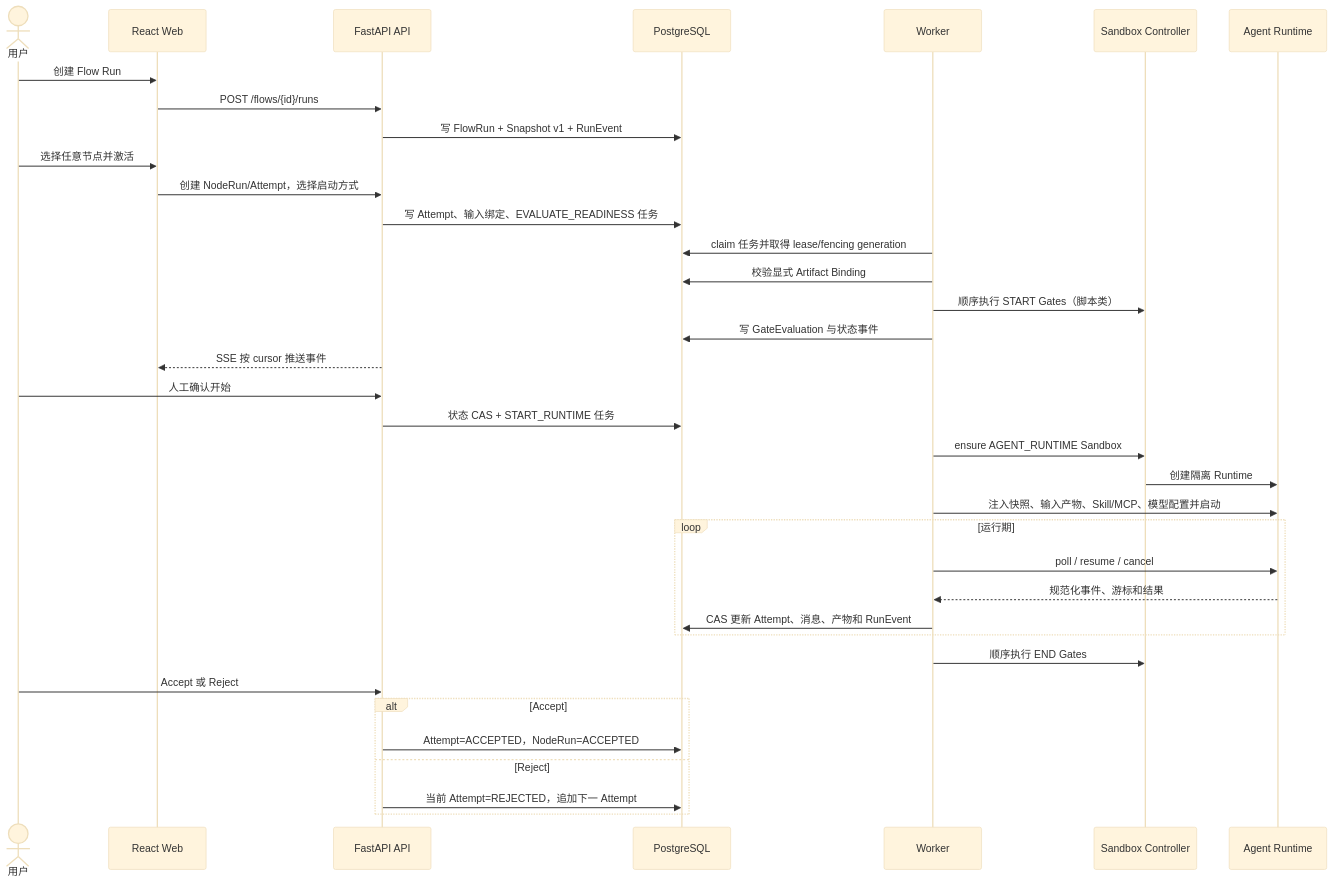
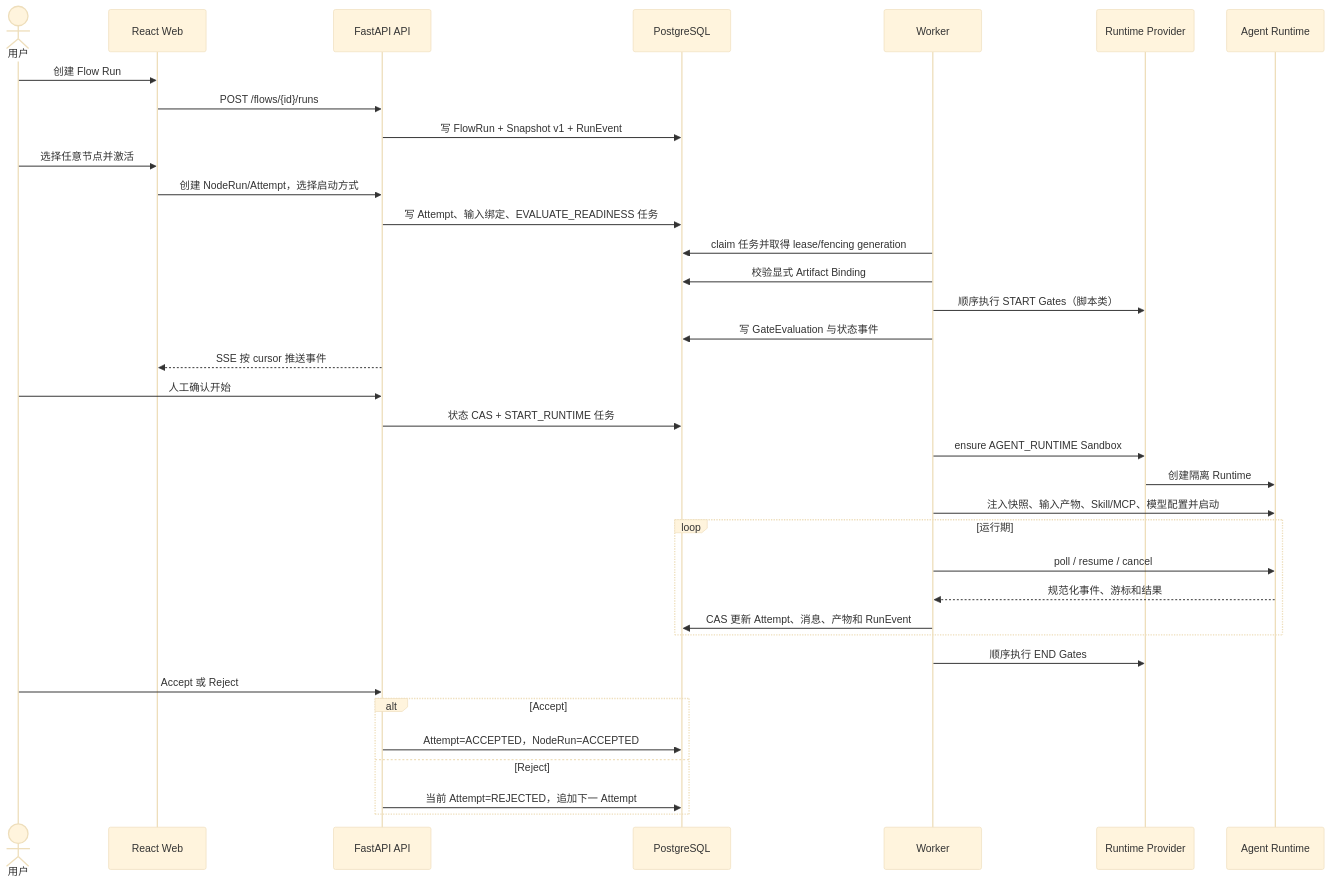
One commit to ZME7777777/FlowWeave changed the second of 10 diagrams in docs/system-design.md. Above: the diagram before and after it, drawn with Mermaid (base theme). The commit also changed other lines of this file and 24 other files, not shown here.

Commit message:
feat(runtime): complete FR-03 runtime provider ownership

````diff
--- a/docs/system-design.md
+++ b/docs/system-design.md
@@ -70,39 +70,39 @@
 ```mermaid
 sequenceDiagram
   actor U as 用户
   participant Web as React Web
   participant API as FastAPI API
   participant DB as PostgreSQL
   participant W as Worker
-  participant C as Sandbox Controller
+  participant C as Runtime Provider
   participant R as Agent Runtime
 
   U->>Web: 创建 Flow Run
   Web->>API: POST /flows/{id}/runs
   API->>DB: 写 FlowRun + Snapshot v1 + RunEvent
   U->>Web: 选择任意节点并激活
   Web->>API: 创建 NodeRun/Attempt，选择启动方式
   API->>DB: 写 Attempt、输入绑定、EVALUATE_READINESS 任务
   W->>DB: claim 任务并取得 lease/fencing generation
   W->>DB: 校验显式 Artifact Binding
   W->>C: 顺序执行 START Gates（脚本类）
   W->>DB: 写 GateEvaluation 与状态事件
   API-->>Web: SSE 按 cursor 推送事件
   U->>API: 人工确认开始
   API->>DB: 状态 CAS + START_RUNTIME 任务
   W->>C: ensure AGENT_RUNTIME Sandbox
   C->>R: 创建隔离 Runtime
   W->>R: 注入快照、输入产物、Skill/MCP、模型配置并启动
   loop 运行期
     W->>R: poll / resume / cancel
     R-->>W: 规范化事件、游标和结果
     W->>DB: CAS 更新 Attempt、消息、产物和 RunEvent
   end
   W->>C: 顺序执行 END Gates
   U->>API: Accept 或 Reject
   alt Accept
     API->>DB: Attempt=ACCEPTED，NodeRun=ACCEPTED
   else Reject
     API->>DB: 当前 Attempt=REJECTED，追加下一 Attempt
   end
 ```
````
